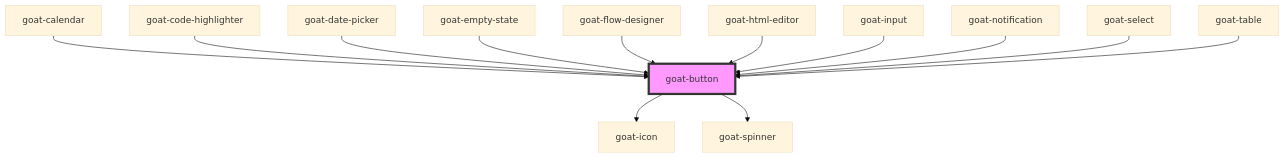
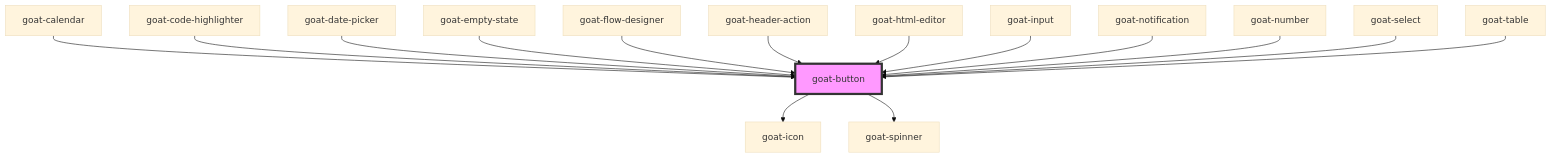
Before and after one commit to goatui/components: the diagram in src/components/general/button/readme.md, drawn with Mermaid (base theme). The commit also changed other lines of this file and 73 other files, not shown here.

````diff
--- a/src/components/general/button/readme.md
+++ b/src/components/general/button/readme.md
@@ -91,16 +93,18 @@
 ```mermaid
 graph TD;
   goat-button --> goat-icon
   goat-button --> goat-spinner
   goat-calendar --> goat-button
   goat-code-highlighter --> goat-button
   goat-date-picker --> goat-button
   goat-empty-state --> goat-button
   goat-flow-designer --> goat-button
+  goat-header-action --> goat-button
   goat-html-editor --> goat-button
   goat-input --> goat-button
   goat-notification --> goat-button
+  goat-number --> goat-button
   goat-select --> goat-button
   goat-table --> goat-button
   style goat-button fill:#f9f,stroke:#333,stroke-width:4px
 ```
````
